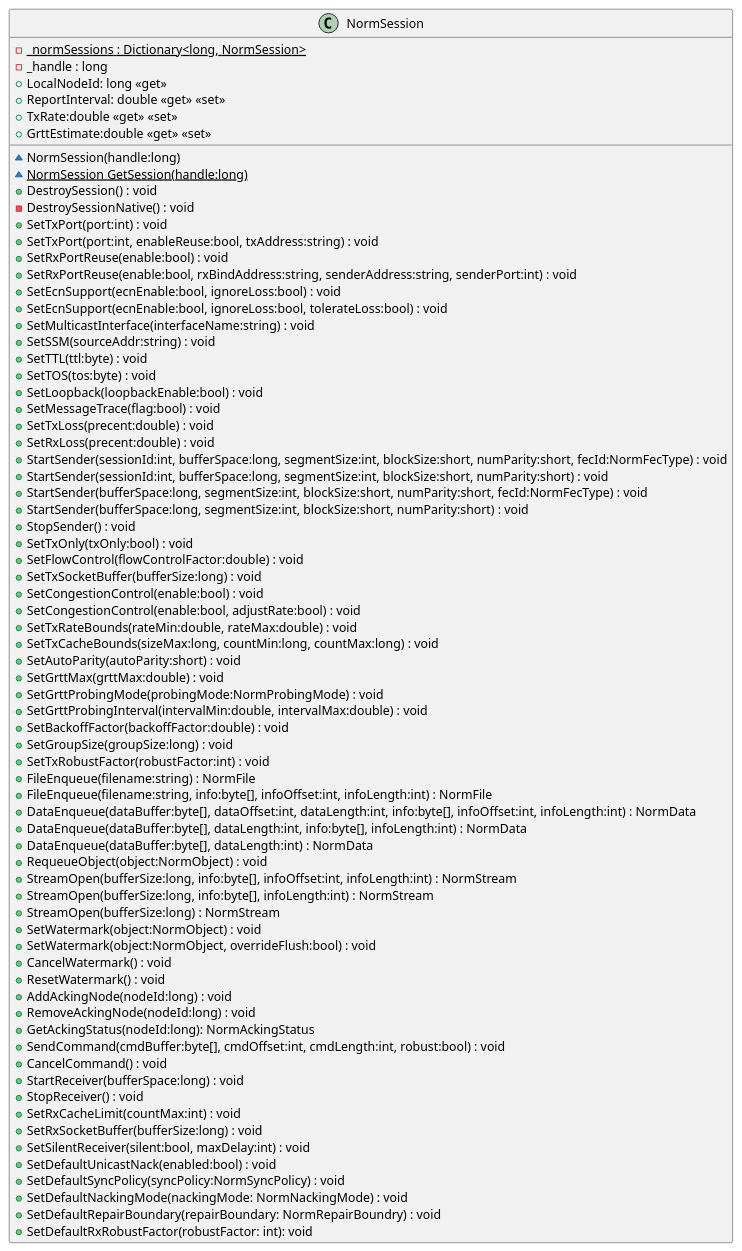
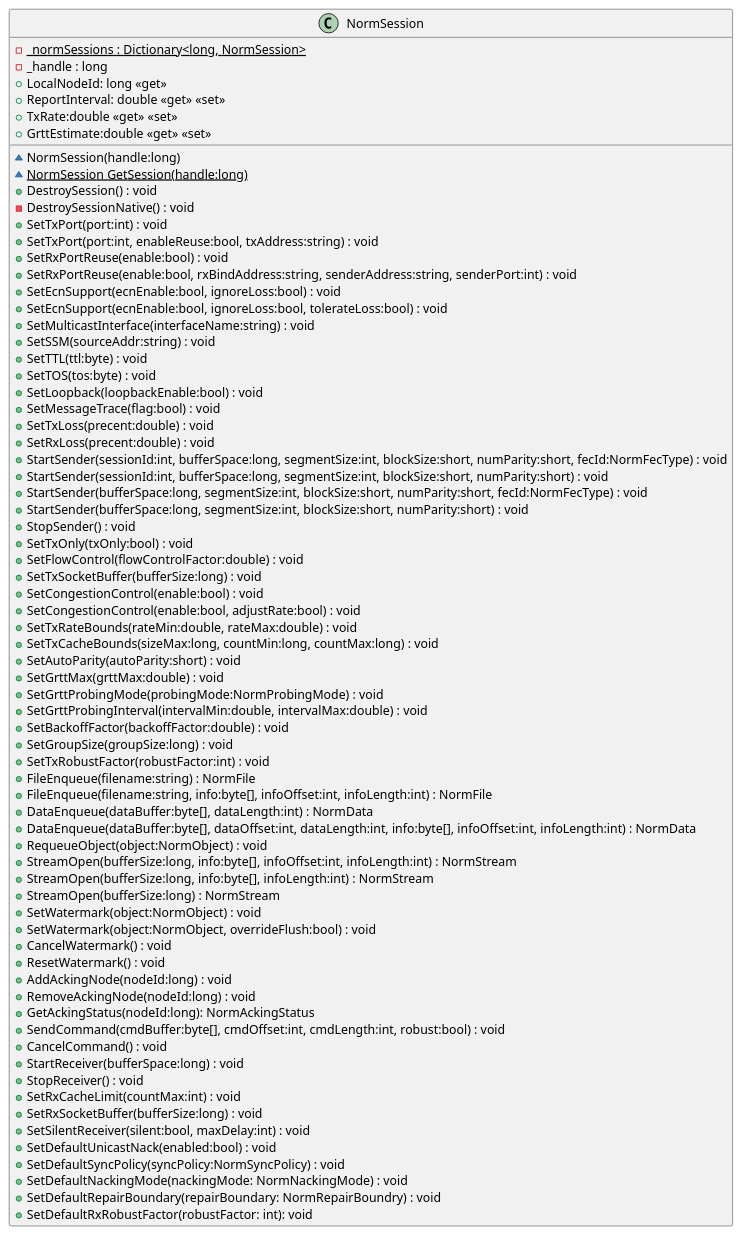
The diagram in src/dotnet/design/Mil/Navy/Nrl/Norm/NormSession.puml (mullerj/norm), drawn with PlantUML before and after one commit. The commit also changed 2 other files, not shown here.

Commit message:
Removed DataEnqueue overloads

```diff
--- a/src/dotnet/design/Mil/Navy/Nrl/Norm/NormSession.puml
+++ b/src/dotnet/design/Mil/Navy/Nrl/Norm/NormSession.puml
@@ -1,75 +1,74 @@
 @startuml
 class NormSession {
     {static} -_normSessions : Dictionary<long, NormSession>
     - _handle : long
     ~ NormSession(handle:long)
     {static} ~ NormSession GetSession(handle:long)
     + DestroySession() : void
     - DestroySessionNative() : void
     + LocalNodeId: long <<get>>
     + SetTxPort(port:int) : void
     + SetTxPort(port:int, enableReuse:bool, txAddress:string) : void
     + SetRxPortReuse(enable:bool) : void
     + SetRxPortReuse(enable:bool, rxBindAddress:string, senderAddress:string, senderPort:int) : void
     + SetEcnSupport(ecnEnable:bool, ignoreLoss:bool) : void
     + SetEcnSupport(ecnEnable:bool, ignoreLoss:bool, tolerateLoss:bool) : void
     + SetMulticastInterface(interfaceName:string) : void
     + SetSSM(sourceAddr:string) : void
     + SetTTL(ttl:byte) : void
     + SetTOS(tos:byte) : void
     + SetLoopback(loopbackEnable:bool) : void
     + SetMessageTrace(flag:bool) : void
     + SetTxLoss(precent:double) : void
     + SetRxLoss(precent:double) : void
     + ReportInterval: double <<get>> <<set>>
     + StartSender(sessionId:int, bufferSpace:long, segmentSize:int, blockSize:short, numParity:short, fecId:NormFecType) : void
     + StartSender(sessionId:int, bufferSpace:long, segmentSize:int, blockSize:short, numParity:short) : void
     + StartSender(bufferSpace:long, segmentSize:int, blockSize:short, numParity:short, fecId:NormFecType) : void
     + StartSender(bufferSpace:long, segmentSize:int, blockSize:short, numParity:short) : void
     + StopSender() : void
     + SetTxOnly(txOnly:bool) : void
     + TxRate:double <<get>> <<set>>
     + SetFlowControl(flowControlFactor:double) : void
     + SetTxSocketBuffer(bufferSize:long) : void
     + SetCongestionControl(enable:bool) : void
     + SetCongestionControl(enable:bool, adjustRate:bool) : void
     + SetTxRateBounds(rateMin:double, rateMax:double) : void
     + SetTxCacheBounds(sizeMax:long, countMin:long, countMax:long) : void
     + SetAutoParity(autoParity:short) : void
     + GrttEstimate:double <<get>> <<set>>
     + SetGrttMax(grttMax:double) : void
     + SetGrttProbingMode(probingMode:NormProbingMode) : void
     + SetGrttProbingInterval(intervalMin:double, intervalMax:double) : void
     + SetBackoffFactor(backoffFactor:double) : void
     + SetGroupSize(groupSize:long) : void
     + SetTxRobustFactor(robustFactor:int) : void
     + FileEnqueue(filename:string) : NormFile
     + FileEnqueue(filename:string, info:byte[], infoOffset:int, infoLength:int) : NormFile
+    + DataEnqueue(dataBuffer:byte[], dataLength:int) : NormData
     + DataEnqueue(dataBuffer:byte[], dataOffset:int, dataLength:int, info:byte[], infoOffset:int, infoLength:int) : NormData
-    + DataEnqueue(dataBuffer:byte[], dataLength:int, info:byte[], infoLength:int) : NormData
-    + DataEnqueue(dataBuffer:byte[], dataLength:int) : NormData
     + RequeueObject(object:NormObject) : void
     + StreamOpen(bufferSize:long, info:byte[], infoOffset:int, infoLength:int) : NormStream
     + StreamOpen(bufferSize:long, info:byte[], infoLength:int) : NormStream
     + StreamOpen(bufferSize:long) : NormStream
     + SetWatermark(object:NormObject) : void
     + SetWatermark(object:NormObject, overrideFlush:bool) : void
     + CancelWatermark() : void
     + ResetWatermark() : void
     + AddAckingNode(nodeId:long) : void
     + RemoveAckingNode(nodeId:long) : void
     + GetAckingStatus(nodeId:long): NormAckingStatus
     + SendCommand(cmdBuffer:byte[], cmdOffset:int, cmdLength:int, robust:bool) : void
     + CancelCommand() : void
     + StartReceiver(bufferSpace:long) : void
     + StopReceiver() : void
     + SetRxCacheLimit(countMax:int) : void
     + SetRxSocketBuffer(bufferSize:long) : void
     + SetSilentReceiver(silent:bool, maxDelay:int) : void
     + SetDefaultUnicastNack(enabled:bool) : void
     + SetDefaultSyncPolicy(syncPolicy:NormSyncPolicy) : void
     + SetDefaultNackingMode(nackingMode: NormNackingMode) : void
     + SetDefaultRepairBoundary(repairBoundary: NormRepairBoundry) : void
     + SetDefaultRxRobustFactor(robustFactor: int): void
 }
 @enduml
```
